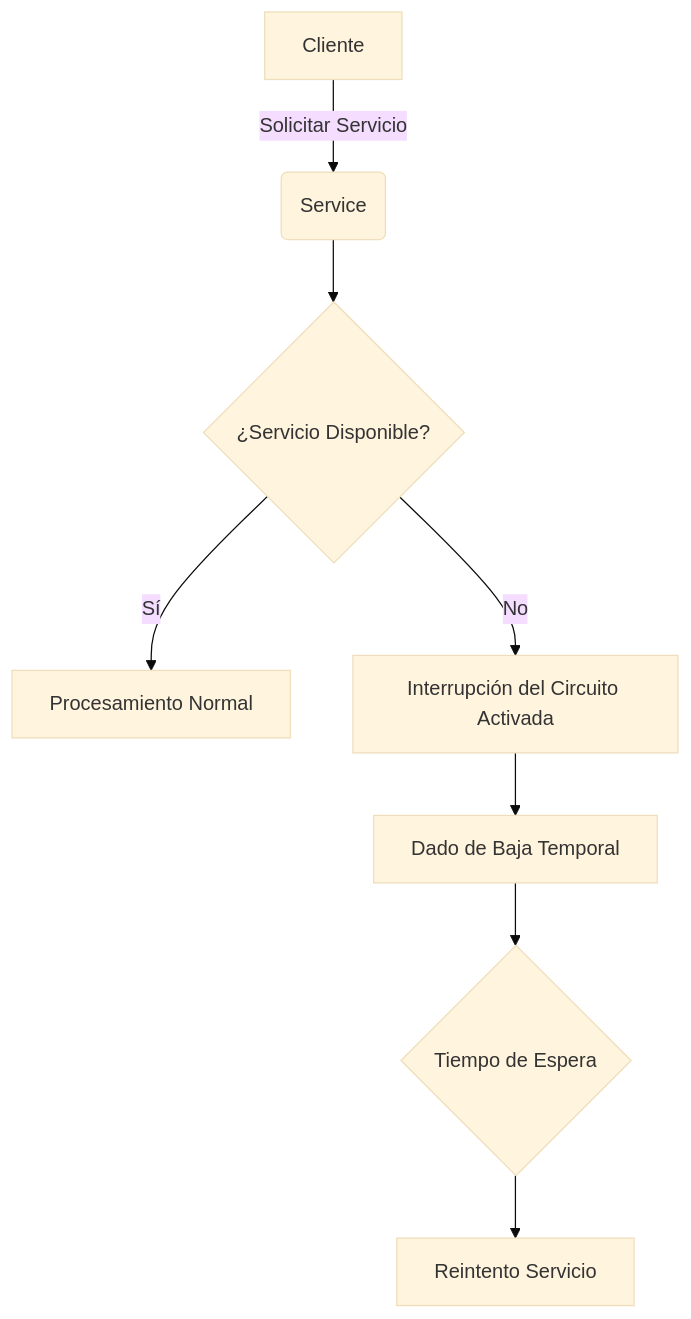
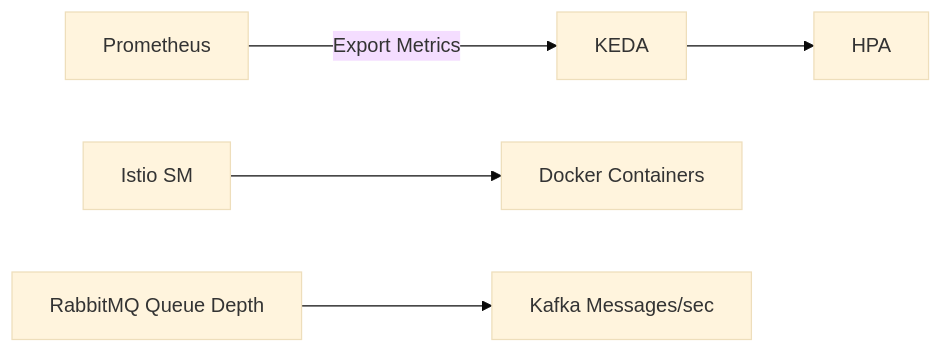
One commit to Joaquinriosheredia/DAM-Java-Mastery changed the first of 2 diagrams in Otros_Activos_Mastery/kubernetes:_auto-escalado_y_service_mesh_en_2026_STAFF.md. Above: the diagram before and after it, drawn with Mermaid (base theme). The commit also changed other lines of this file, not shown here.

Commit message:
feat: manual de autoridad sobre Kubernetes: Auto-escalado y Service Mesh en 2026 (Staff Level)

````diff
--- a/Otros_Activos_Mastery/kubernetes:_auto-escalado_y_service_mesh_en_2026_STAFF.md
+++ b/Otros_Activos_Mastery/kubernetes:_auto-escalado_y_service_mesh_en_2026_STAFF.md
@@ -155,10 +100,7 @@
 ```mermaid
-graph TD;
-    A[Cliente] -->|Solicitar Servicio| B(Service);
-    B --> C{¿Servicio Disponible?};
-    C --> |Sí| D[Procesamiento Normal];
-    C --> |No| E[Interrupción del Circuito Activada];
-    E --> F[Dado de Baja Temporal];
-    F --> G{Tiempo de Espera};
-    G --> H[Reintento Servicio];
+graph LR;
+    A[Prometheus] -->|Export Metrics| B[KEDA];
+    B --> C[HPA];
+    D[Istio SM] --> E[Docker Containers];
+    F[RabbitMQ Queue Depth] --> G[Kafka Messages/sec];
 ```
````
